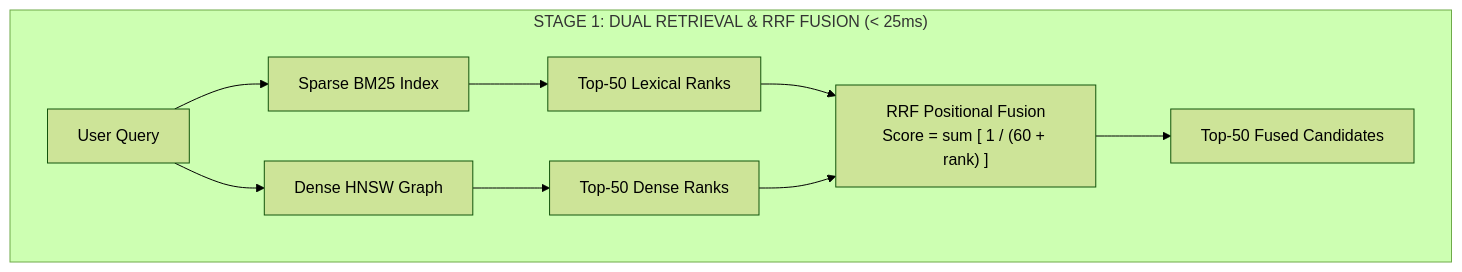
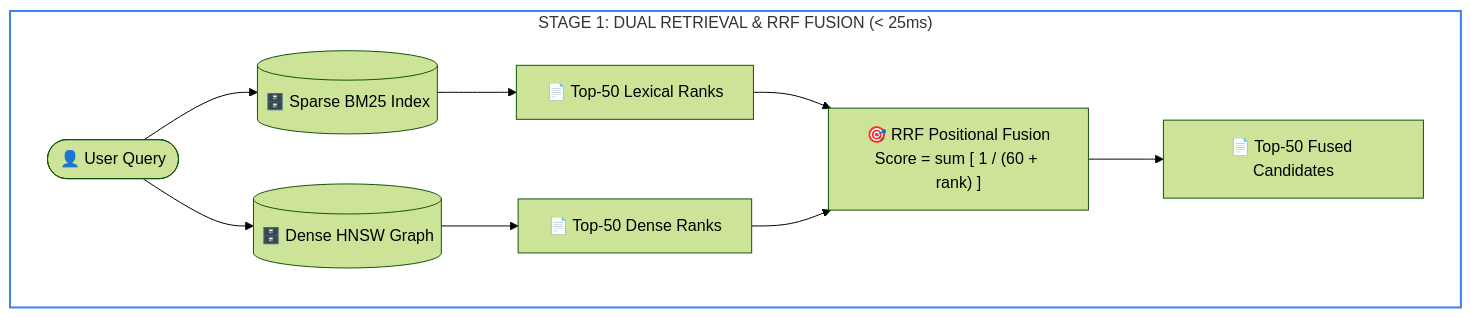
Before and after one commit to dip4k/senior-engineer-to-ai-engineer-roadmap: the first of 3 diagrams in 02-rag-and-knowledge-systems/04-reciprocal-rank-fusion-and-cross-encoders.md, drawn with Mermaid (forest theme). The commit also changed other lines of this file and 39 other files, not shown here.

First line of the commit message:
feat(curriculum): upgrade mermaid diagrams with unicode icons & codify anti-bloat layout rules

````diff
--- a/02-rag-and-knowledge-systems/04-reciprocal-rank-fusion-and-cross-encoders.md
+++ b/02-rag-and-knowledge-systems/04-reciprocal-rank-fusion-and-cross-encoders.md
@@ -56,12 +56,13 @@
 ```mermaid
 flowchart TD
     subgraph Stage1["STAGE 1: DUAL RETRIEVAL & RRF FUSION (< 25ms)"]
-        Q["User Query"] --> BM25["Sparse BM25 Index"]
-        Q --> HNSW["Dense HNSW Graph"]
-        BM25 --> TopBM25["Top-50 Lexical Ranks"]
-        HNSW --> TopDense["Top-50 Dense Ranks"]
-        TopBM25 --> RRF["RRF Positional Fusion<br>Score = sum [ 1 / (60 + rank) ]"]
+        Q(["👤 User Query"]) --> BM25[("🗄️ Sparse BM25 Index")]
+        Q --> HNSW[("🗄️ Dense HNSW Graph")]
+        BM25 --> TopBM25["📄 Top-50 Lexical Ranks"]
+        HNSW --> TopDense["📄 Top-50 Dense Ranks"]
+        TopBM25 --> RRF["🎯 RRF Positional Fusion<br>Score = sum [ 1 / (60 + rank) ]"]
         TopDense --> RRF
-        RRF --> Fused["Top-50 Fused Candidates"]
+        RRF --> Fused["📄 Top-50 Fused Candidates"]
     end
+    style Stage1 fill:none,stroke:#3b82f6,stroke-width:2px;
 ```
````
